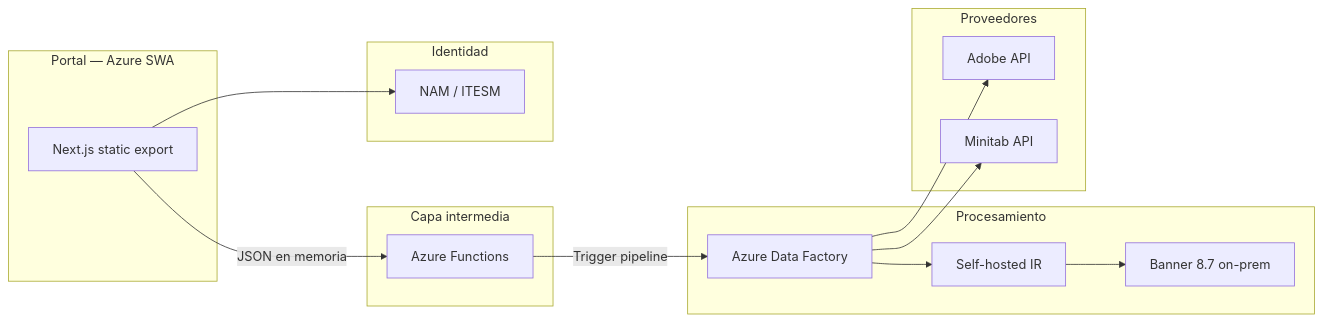
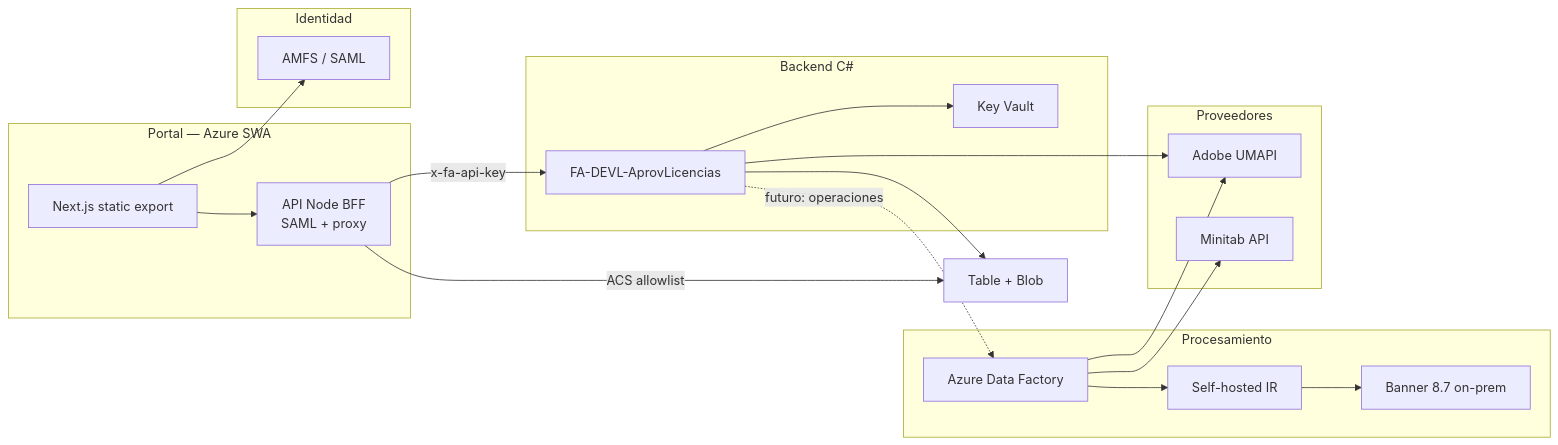
The second of 5 diagrams in docs/ARQUITECTURA.md (miguelgr716playful/AutomatizacionLicencias), drawn with Mermaid before and after one commit. The commit also changed other lines of this file and 159 other files, not shown here.

````diff
--- a/docs/ARQUITECTURA.md
+++ b/docs/ARQUITECTURA.md
@@ -62,32 +62,39 @@
 ```mermaid
 flowchart LR
     subgraph portal["Portal — Azure SWA"]
         Next["Next.js static export"]
+        BFF["API Node BFF<br/>SAML + proxy"]
     end
 
-    subgraph bff["Capa intermedia"]
-        Fn["Azure Functions"]
+    subgraph back["Backend C#"]
+        FA["FA-DEVL-AprovLicencias"]
+        KV["Key Vault"]
     end
 
     subgraph etl["Procesamiento"]
         ADF["Azure Data Factory"]
         SHIR["Self-hosted IR"]
         Banner["Banner 8.7 on-prem"]
     end
 
     subgraph proveedores["Proveedores"]
-        Adobe["Adobe API"]
+        Adobe["Adobe UMAPI"]
         Minitab["Minitab API"]
     end
 
     subgraph identity["Identidad"]
-        NAM["NAM / ITESM"]
+        AMFS["AMFS / SAML"]
     end
 
-    Next -->|"JSON en memoria"| Fn
-    Next --> NAM
-    Fn -->|"Trigger pipeline"| ADF
+    Next --> BFF
+    Next --> AMFS
+    BFF -->|"x-fa-api-key"| FA
+    FA --> KV
+    FA --> Adobe
+    BFF -->|"ACS allowlist"| Storage["Table + Blob"]
+    FA --> Storage
+    FA -.->|"futuro: operaciones"| ADF
     ADF --> SHIR --> Banner
     ADF --> Adobe
     ADF --> Minitab
 ```
````
